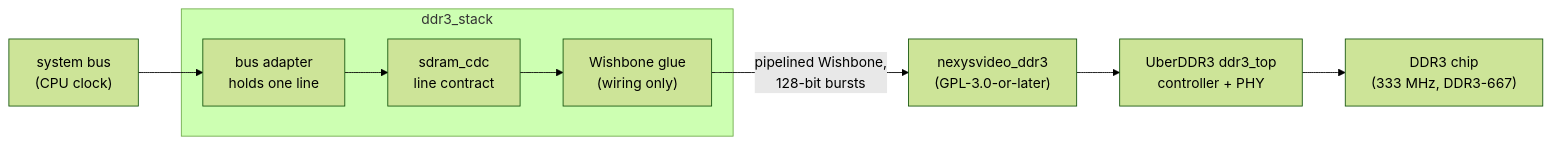
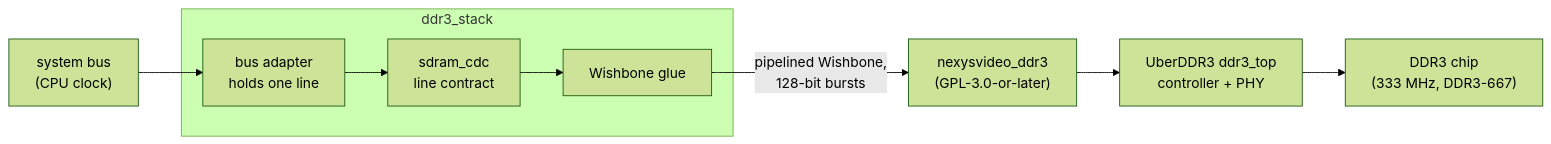
One commit to lonemeow/penumbra-minicomputer changed the diagram in doc/internals/nexysvideo/ddr3.md. Above: the diagram before and after it, drawn with Mermaid (forest theme). The commit also changed other lines of this file and 11 other files, not shown here.

````diff
--- a/doc/internals/nexysvideo/ddr3.md
+++ b/doc/internals/nexysvideo/ddr3.md
@@ -17,14 +17,14 @@
 ```mermaid
 graph LR
     BUS["system bus<br/>(CPU clock)"] --> ADP["bus adapter<br/>holds one line"]
     ADP --> CDC["sdram_cdc<br/>line contract"]
-    CDC --> GLUE["Wishbone glue<br/>(wiring only)"]
+    CDC --> GLUE["Wishbone glue"]
     GLUE -->|"pipelined Wishbone,<br/>128-bit bursts"| WRAP["nexysvideo_ddr3<br/>(GPL-3.0-or-later)"]
     WRAP --> UBER["UberDDR3 ddr3_top<br/>controller + PHY"]
     UBER --> CHIP["DDR3 chip<br/>(333 MHz, DDR3-667)"]
     subgraph ddr3_stack
         ADP
         CDC
         GLUE
     end
 ```
````
